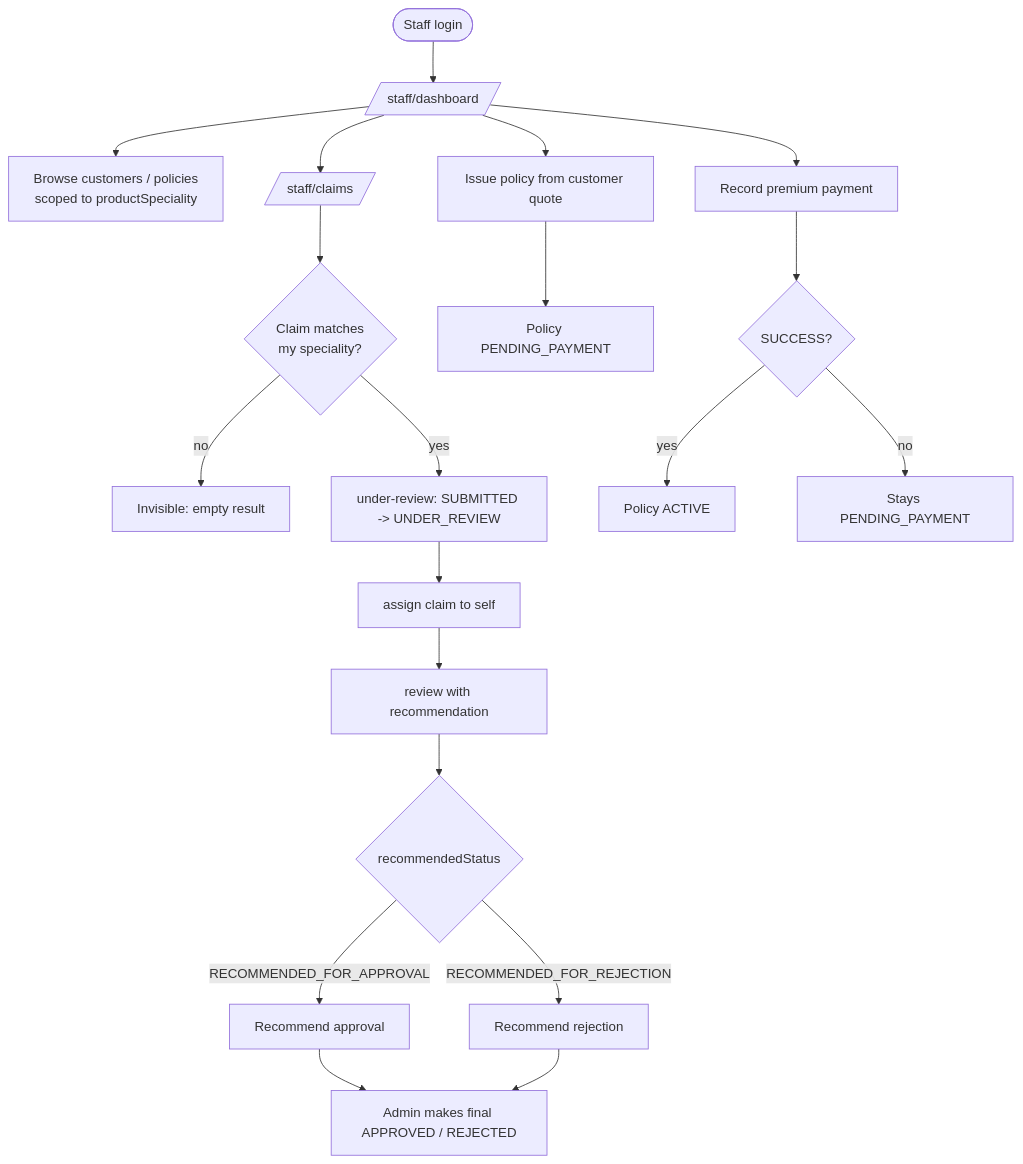
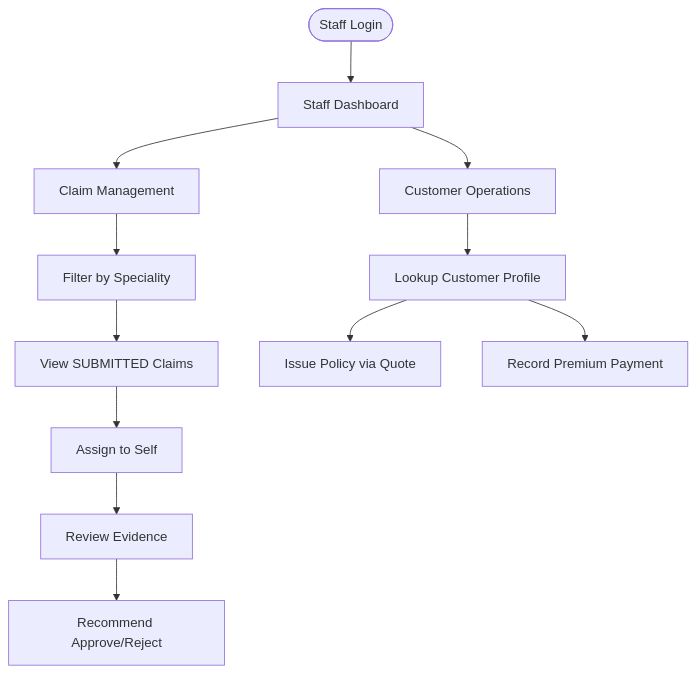
The first of 4 diagrams in docs/08_Workflows/Staff_Flow.md (Gurry-12/insurance-policy-claim-capstone-project), drawn with Mermaid before and after one commit. The commit also changed other lines of this file and 86 other files, not shown here.

````diff
--- a/docs/08_Workflows/Staff_Flow.md
+++ b/docs/08_Workflows/Staff_Flow.md
@@ -69,25 +25,16 @@
 ```mermaid
 flowchart TD
-    Start([Staff login]) --> Dash[/staff/dashboard/]
-    Dash --> Browse[Browse customers / policies\nscoped to productSpeciality]
-
-    Dash --> Claims[/staff/claims/]
-    Claims --> Triage{Claim matches\nmy speciality?}
-    Triage -- no --> None[Invisible: empty result]
-    Triage -- yes --> UR[under-review: SUBMITTED -> UNDER_REVIEW]
-    UR --> Assign[assign claim to self]
-    Assign --> Review[review with recommendation]
-
-    Review --> Rec{recommendedStatus}
-    Rec -- RECOMMENDED_FOR_APPROVAL --> RecA[Recommend approval]
-    Rec -- RECOMMENDED_FOR_REJECTION --> RecR[Recommend rejection]
-    RecA --> AdminHandoff[Admin makes final APPROVED / REJECTED]
-    RecR --> AdminHandoff
-
-    Dash --> Issue[Issue policy from customer quote]
-    Issue --> Pending[Policy PENDING_PAYMENT]
-    Dash --> Pay[Record premium payment]
-    Pay --> Active{SUCCESS?}
-    Active -- yes --> Activate[Policy ACTIVE]
-    Active -- no --> StayPending[Stays PENDING_PAYMENT]
+    Start([Staff Login]) --> Dash[Staff Dashboard]
+    
+    Dash --> Claims[Claim Management]
+    Claims --> Filter[Filter by Speciality]
+    Filter --> Queue[View SUBMITTED Claims]
+    Queue --> Assign[Assign to Self]
+    Assign --> Review[Review Evidence]
+    Review --> Rec[Recommend Approve/Reject]
+    
+    Dash --> Ops[Customer Operations]
+    Ops --> Lookup[Lookup Customer Profile]
+    Lookup --> Issue[Issue Policy via Quote]
+    Lookup --> Payment[Record Premium Payment]
 ```
````
